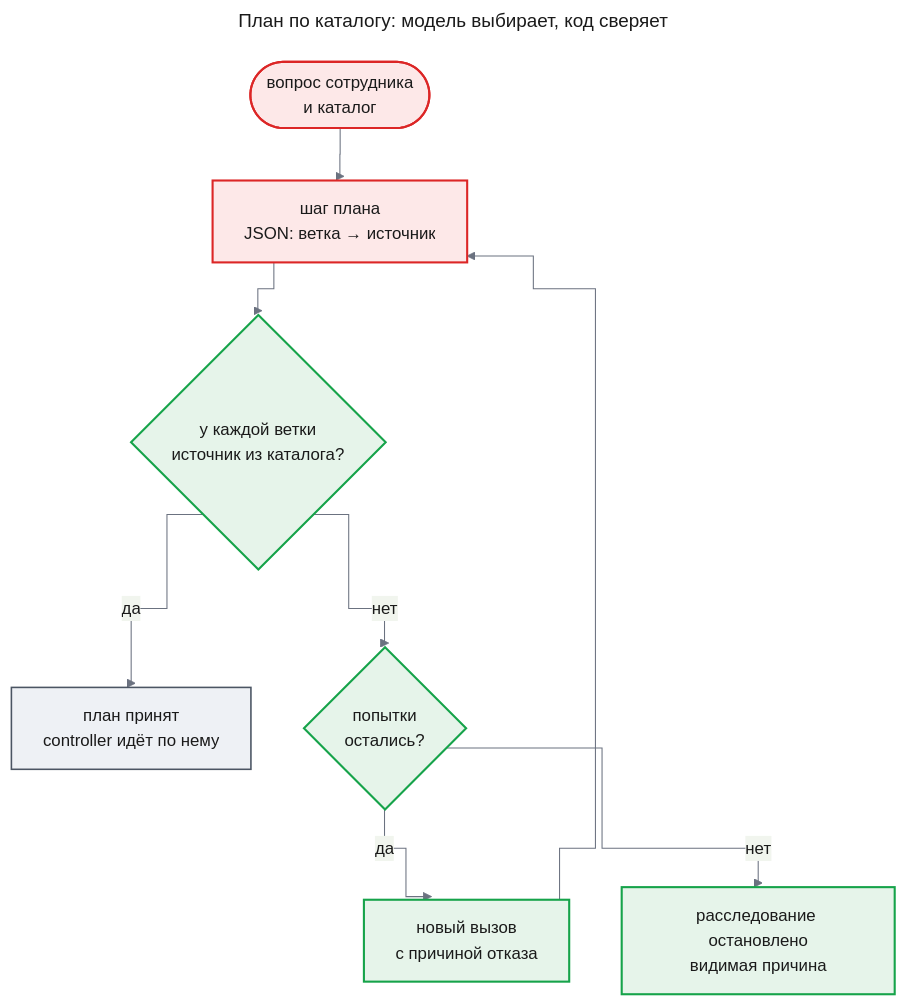
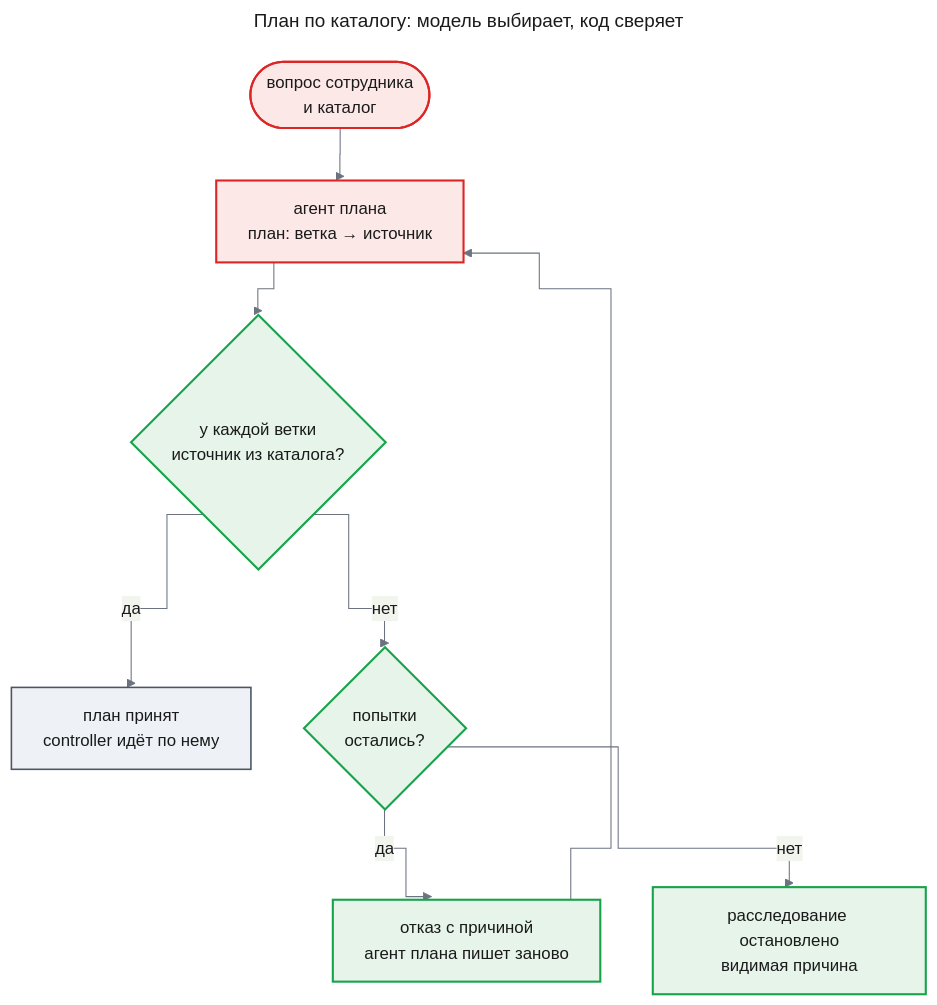
Before and after one commit to tundraray/agent-os: the fifth of 7 diagrams in docs/features/source-planning/prd.md, drawn with Mermaid. The commit also changed other lines of this file, not shown here.

````diff
--- a/docs/features/source-planning/prd.md
+++ b/docs/features/source-planning/prd.md
@@ -282,35 +300,35 @@
 ```mermaid
 ---
 title: "План по каталогу: модель выбирает, код сверяет"
 config:
   theme: base
   look: classic
   themeVariables:
     primaryColor: "#eef1f5"
     primaryBorderColor: "#4b5563"
     primaryTextColor: "#1a1a1a"
     lineColor: "#6b7280"
   flowchart:
     curve: step
 ---
 flowchart TB
     in(["вопрос сотрудника<br/>и каталог"])
-    plan["шаг плана<br/>JSON: ветка → источник"]
+    plan["агент плана<br/>план: ветка → источник"]
     q1{"у каждой ветки<br/>источник из каталога?"}
     ok["план принят<br/>controller идёт по нему"]
     q2{"попытки<br/>остались?"}
-    again["новый вызов<br/>с причиной отказа"]
+    again["отказ с причиной<br/>агент плана пишет заново"]
     stop["расследование остановлено<br/>видимая причина"]
     in --> plan --> q1
     q1 -->|"да"| ok
     q1 -->|"нет"| q2
     q2 -->|"да"| again
     again --> plan
     q2 -->|"нет"| stop
     classDef new fill:#e6f4ea,stroke:#16a34a,stroke-width:2px,color:#1a1a1a
     classDef changed fill:#fde8e8,stroke:#dc2626,stroke-width:2px,color:#1a1a1a
     classDef unchanged fill:#eef1f5,stroke:#4b5563,stroke-width:1.5px,color:#1a1a1a
     class q1,q2,again,stop new
     class in,plan changed
     class ok unchanged
 ```
````
